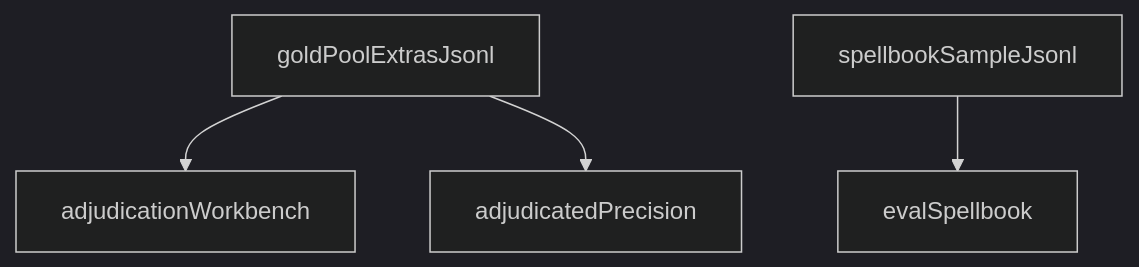
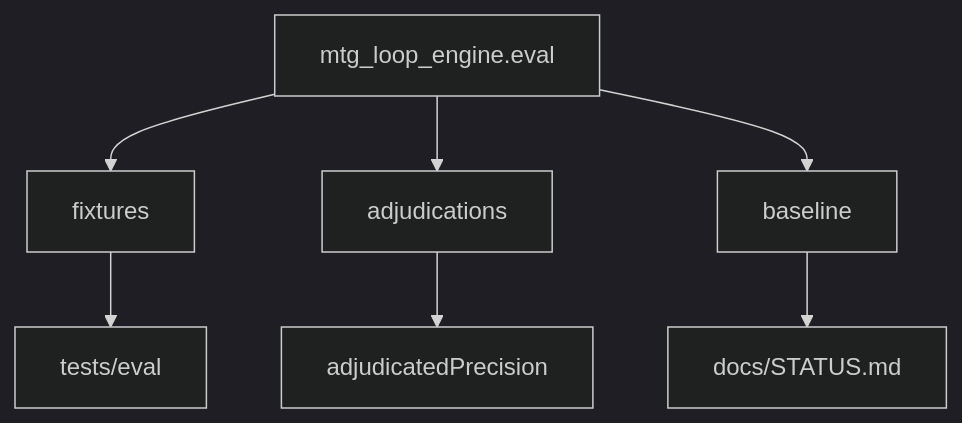
Before and after one commit to witzbeck/mtg-loop-engine: the diagram in eval/README.md, drawn with Mermaid (dark theme). The commit also changed other lines of this file and 65 other files, not shown here.

````diff
--- a/eval/README.md
+++ b/eval/README.md
@@ -9,6 +13,9 @@
 ```mermaid
 graph TB;
-  extras[goldPoolExtrasJsonl] --> workbench[adjudicationWorkbench];
-  fixture[spellbookSampleJsonl] --> recovery[evalSpellbook];
-  extras --> precision[adjudicatedPrecision];
+  pkgEval[mtg_loop_engine.eval] --> fixtures[fixtures];
+  pkgEval --> adjudications[adjudications];
+  pkgEval --> baseline[baseline];
+  fixtures --> tests[tests/eval];
+  adjudications --> precision[adjudicatedPrecision];
+  baseline --> status[docs/STATUS.md];
 ```
````
